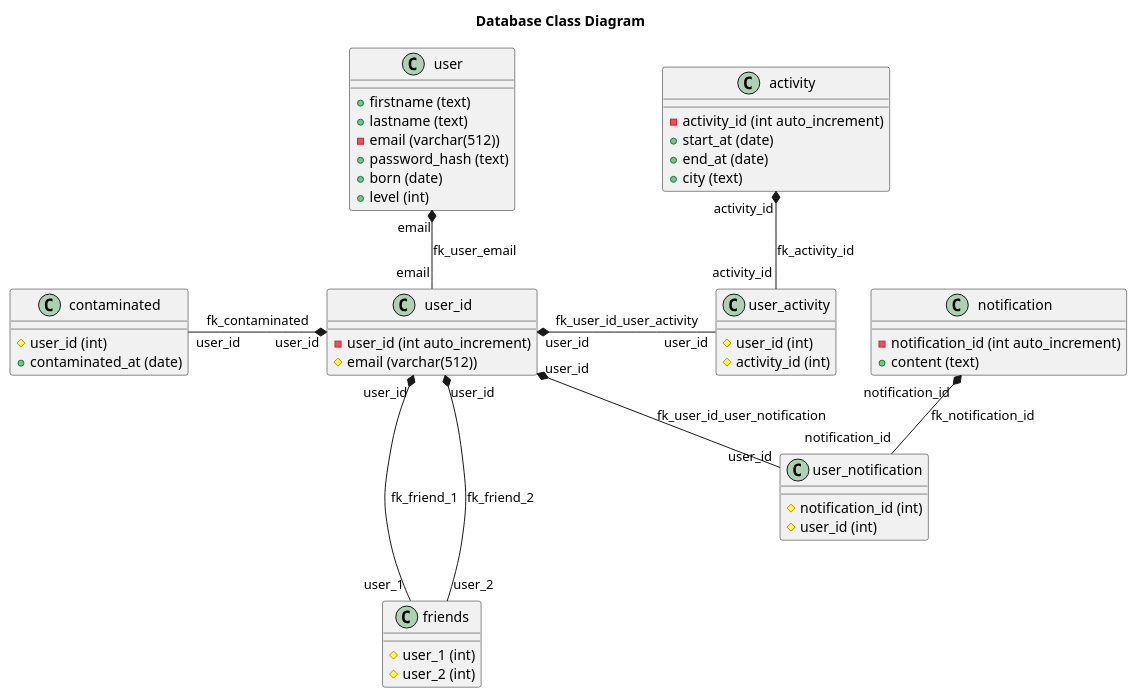
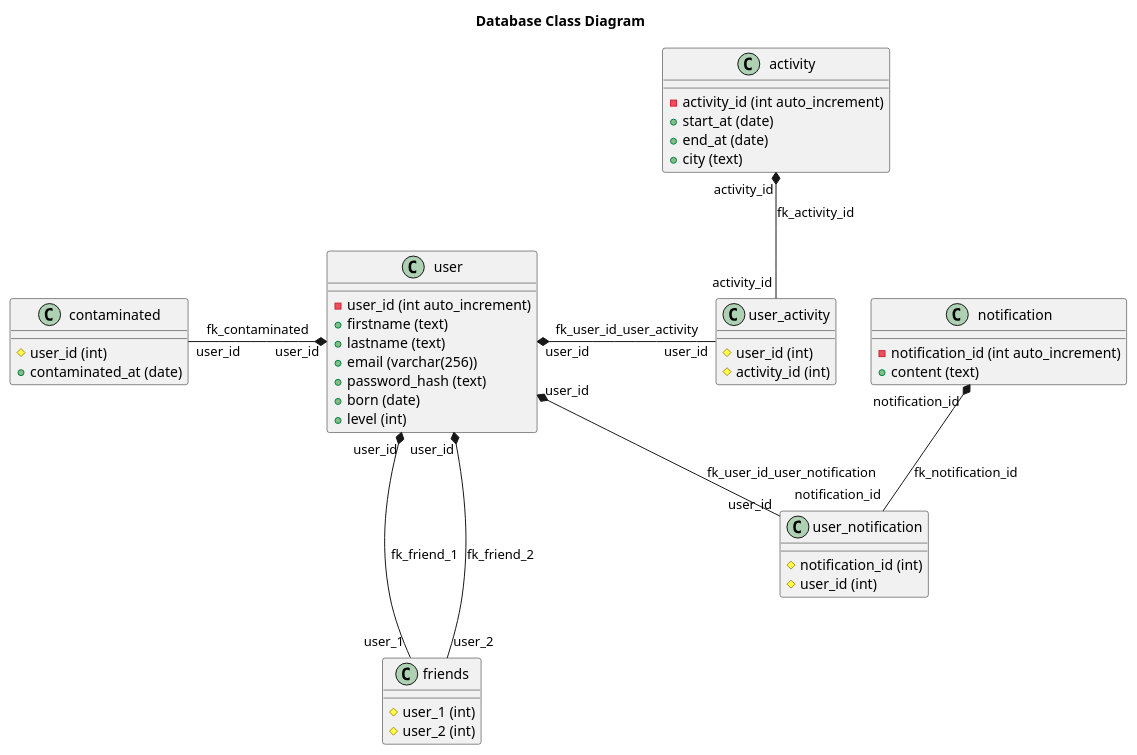
Before and after one commit to AlasDiablo/ProjetWeb: the diagram in docs/database.puml, drawn with PlantUML. The commit also changed 1 other file, not shown here.

Commit message:
docs: update database diagram

```diff
--- a/docs/database.puml
+++ b/docs/database.puml
@@ -1,60 +1,55 @@
 @startuml
 
 title "Database Class Diagram"
 
 class user {
+    - user_id (int auto_increment)
     + firstname (text)
     + lastname (text)
-    - email (varchar(512))
+    + email (varchar(256))
     + password_hash (text)
     + born (date)
     + level (int)
-}
-
-class user_id {
-    - user_id (int auto_increment)
-    # email (varchar(512))
 }
 
 class contaminated {
     # user_id (int)
     + contaminated_at (date)
 }
 
 class activity {
     - activity_id (int auto_increment)
     + start_at (date)
     + end_at (date)
     + city (text)
 }
 
 class user_activity {
     # user_id (int)
     # activity_id (int)
 }
 
 class friends {
     # user_1 (int)
     # user_2 (int)
 }
 
 class notification {
     - notification_id (int auto_increment)
     + content (text)
 }
 
 class user_notification {
     # notification_id (int)
     # user_id (int)
 }
 
-user "email" *-- "email" user_id: fk_user_email
-user_id "user_id" *-left- "user_id" contaminated: fk_contaminated
-user_id "user_id" *-right- "user_id" user_activity: fk_user_id_user_activity
+user "user_id" *-left- "user_id" contaminated: fk_contaminated
+user "user_id" *-right- "user_id" user_activity: fk_user_id_user_activity
 activity "activity_id" *-- "activity_id" user_activity: fk_activity_id
-user_id "user_id" *-down-- "user_1" friends: fk_friend_1
-user_id "user_id" *-down-- "user_2" friends: fk_friend_2
-user_id "user_id" *-- "user_id" user_notification: fk_user_id_user_notification
+user "user_id" *-down-- "user_1" friends: fk_friend_1
+user "user_id" *-down-- "user_2" friends: fk_friend_2
+user "user_id" *-- "user_id" user_notification: fk_user_id_user_notification
 notification "notification_id" *-- "notification_id" user_notification: fk_notification_id
 
 @enduml
```
